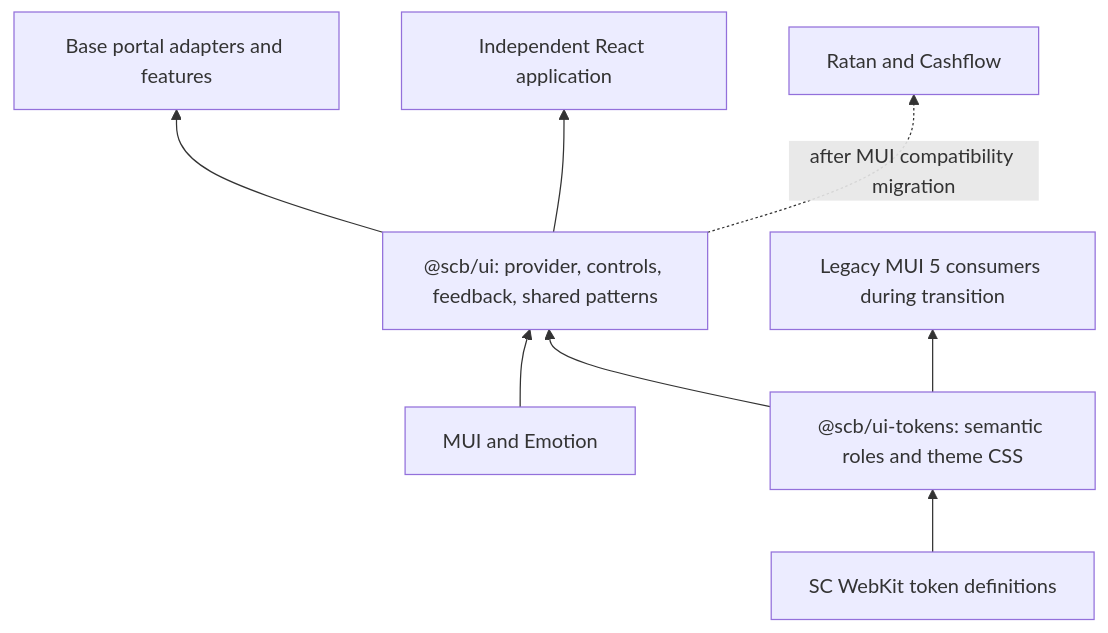
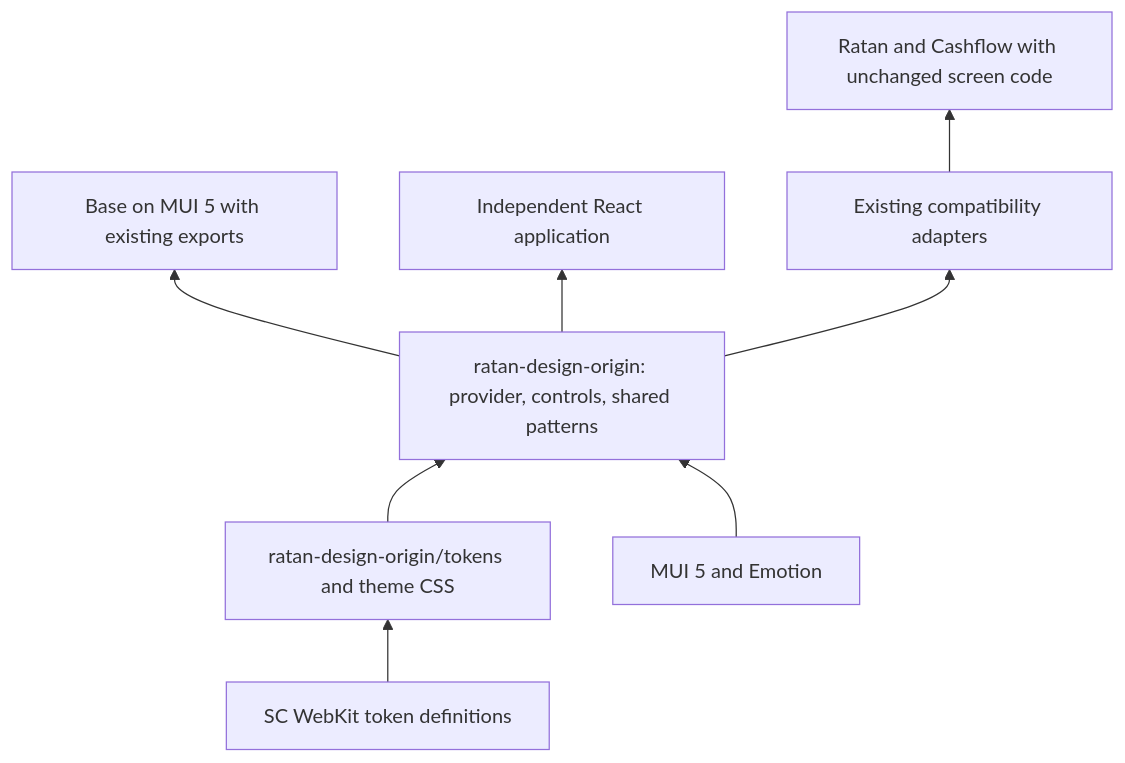
Before and after one commit to lushevol/fdc3-broker-next: the diagram in scb-next/docs/UI_PACKAGE_EXTRACTION_PLAN.md, drawn with Mermaid. The commit also changed other lines of this file, not shown here.

Commit message:
docs(scb-next): plan transparent MUI 5 library extraction

````diff
--- a/scb-next/docs/UI_PACKAGE_EXTRACTION_PLAN.md
+++ b/scb-next/docs/UI_PACKAGE_EXTRACTION_PLAN.md
@@ -75,10 +88,10 @@
 ```mermaid
 flowchart BT
-  WK[SC WebKit token definitions] --> TK["@scb/ui-tokens: semantic roles and theme CSS"]
-  TK --> UI["@scb/ui: provider, controls, feedback, shared patterns"]
-  MUI[MUI and Emotion] --> UI
-  UI --> BASE[Base portal adapters and features]
+  WK[SC WebKit token definitions] --> TK["ratan-design-origin/tokens and theme CSS"]
+  TK --> UI["ratan-design-origin: provider, controls, shared patterns"]
+  MUI[MUI 5 and Emotion] --> UI
+  UI --> BASE[Base on MUI 5 with existing exports]
   UI --> APP[Independent React application]
-  TK --> LEGACY[Legacy MUI 5 consumers during transition]
-  UI -. after MUI compatibility migration .-> MFE[Ratan and Cashflow]
+  UI --> ADAPTER[Existing compatibility adapters]
+  ADAPTER --> MFE[Ratan and Cashflow with unchanged screen code]
 ```
````
